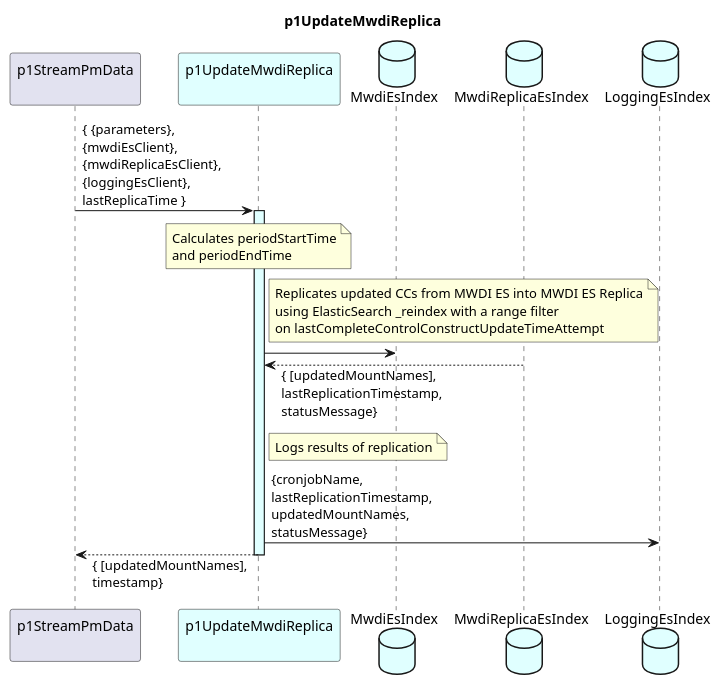
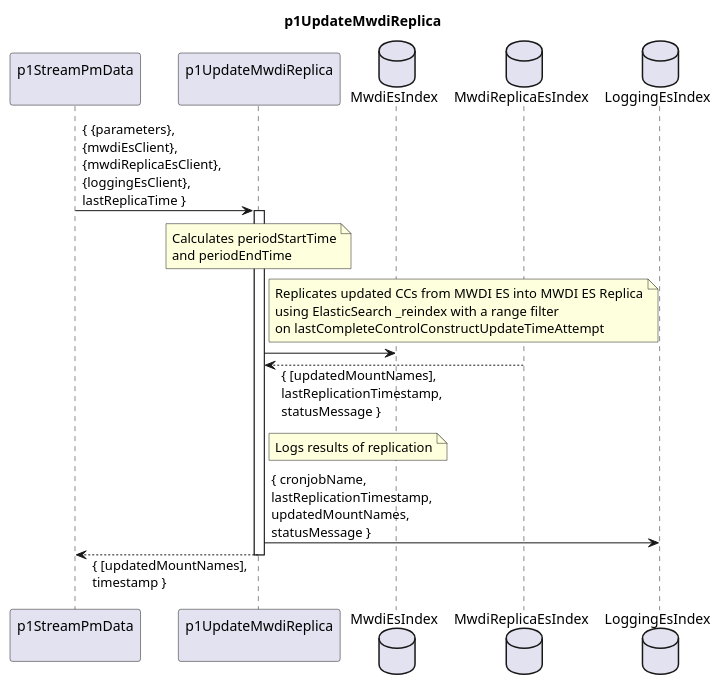
Before and after one commit to openBackhaul/DevicePerformanceManagementDataProcessor: the diagram in spec/Functions/p1StreamPmData/p1UpdateMwdiReplica/1.0.0/p1UpdateMwdiReplica.plantuml, drawn with PlantUML. The commit also changed 13 other files, not shown here.

```diff
--- a/spec/Functions/p1StreamPmData/p1UpdateMwdiReplica/1.0.0/p1UpdateMwdiReplica.plantuml
+++ b/spec/Functions/p1StreamPmData/p1UpdateMwdiReplica/1.0.0/p1UpdateMwdiReplica.plantuml
@@ -1,39 +1,39 @@
 @startuml p1UpdateMwdiReplica
 skinparam responseMessageBelowArrow true
 
 title
   p1UpdateMwdiReplica
 end title
 
 participant "p1StreamPmData\n" as p1SPMD
-participant "p1UpdateMwdiReplica\n" as p1UMWR #LightCyan
-database "MwdiEsIndex" as mwdiEs #LightCyan
-database "MwdiReplicaEsIndex" as mwdiReplicaEs #LightCyan
-database "LoggingEsIndex" as log #LightCyan
+participant "p1UpdateMwdiReplica\n" as p1UMWR
+database "MwdiEsIndex" as mwdiEs
+database "MwdiReplicaEsIndex" as mwdiReplicaEs
+database "LoggingEsIndex" as log
 
 p1SPMD -> p1UMWR : { {parameters},\n{mwdiEsClient},\n{mwdiReplicaEsClient},\n{loggingEsClient},\nlastReplicaTime }
-activate p1UMWR #LightCyan
+activate p1UMWR
 
   note over p1UMWR
     Calculates periodStartTime
     and periodEndTime
   end note
 
   note right p1UMWR
     Replicates updated CCs from MWDI ES into MWDI ES Replica
     using ElasticSearch _reindex with a range filter
     on lastCompleteControlConstructUpdateTimeAttempt
   end note
   p1UMWR -> mwdiEs
-  p1UMWR <-- mwdiReplicaEs : { [updatedMountNames],\nlastReplicationTimestamp,\nstatusMessage}
+  p1UMWR <-- mwdiReplicaEs : { [updatedMountNames],\nlastReplicationTimestamp,\nstatusMessage }
 
   note right p1UMWR
     Logs results of replication
   end note
-  p1UMWR -> log : {cronjobName,\nlastReplicationTimestamp,\nupdatedMountNames,\nstatusMessage}
+  p1UMWR -> log : { cronjobName,\nlastReplicationTimestamp,\nupdatedMountNames,\nstatusMessage }
 
 
-p1SPMD <-- p1UMWR : { [updatedMountNames],\ntimestamp}
+p1SPMD <-- p1UMWR : { [updatedMountNames],\ntimestamp }
 deactivate p1UMWR
 
 @enduml
```
